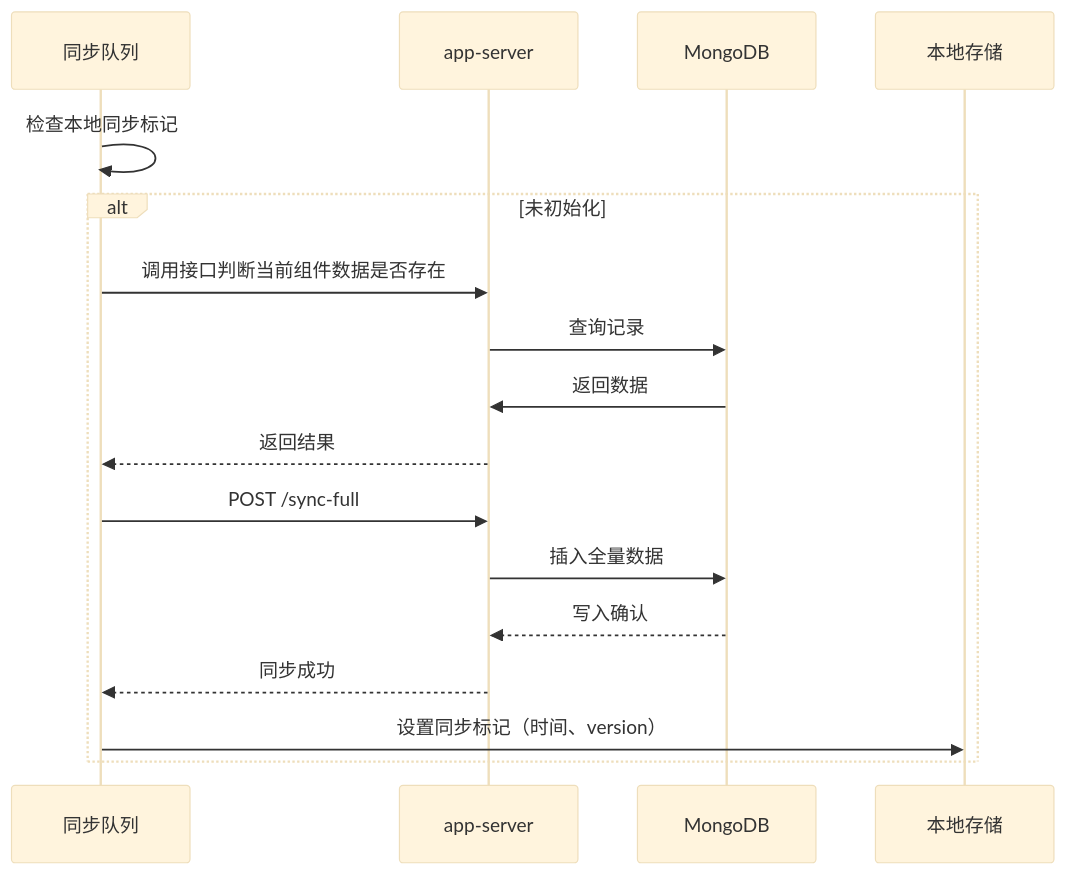
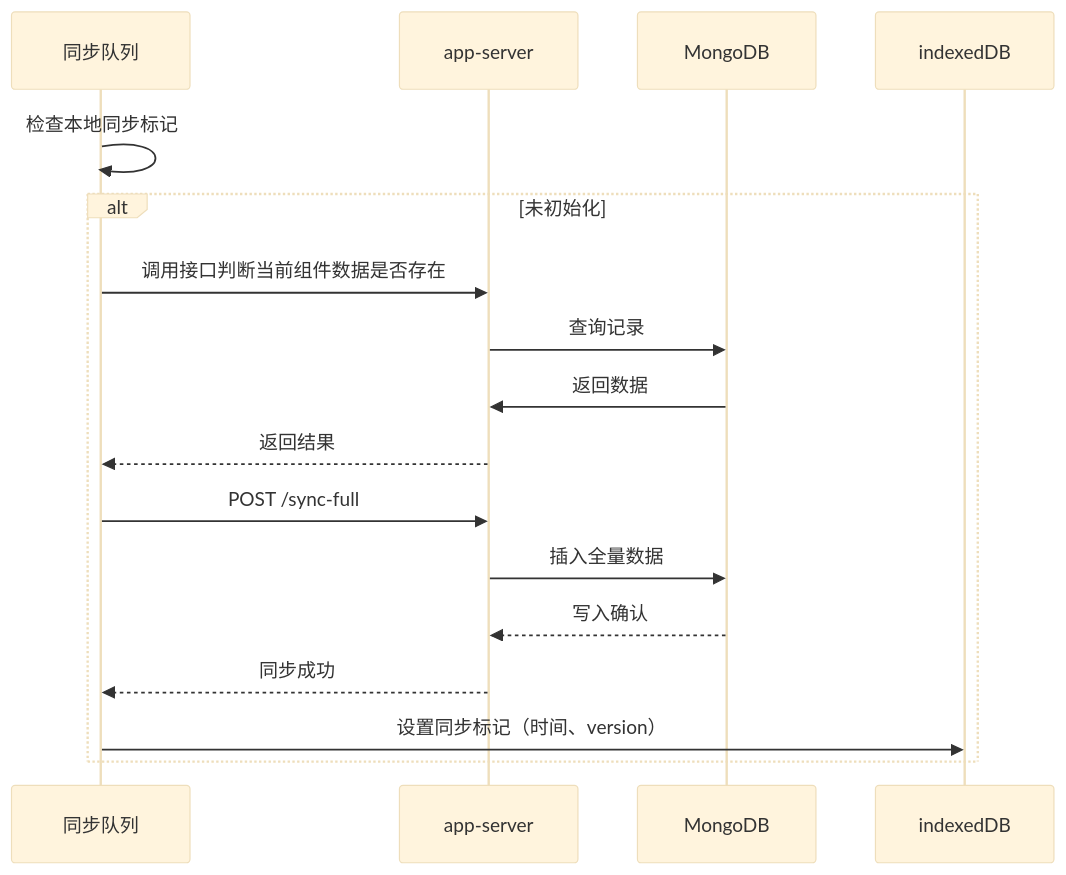
The diagram in all/未命名-24.md (yingjianzh/iodraw-files), drawn with Mermaid (base theme) before and after one commit.

Commit message:
2025-02-21 18:29:23 update

````diff
--- a/all/未命名-24.md
+++ b/all/未命名-24.md
@@ -1,19 +1,19 @@
 ```mermaid
 sequenceDiagram
     participant 同步队列
     participant app-server
     participant MongoDB
 
     同步队列->>同步队列: 检查本地同步标记
     alt 未初始化
         同步队列->>app-server: 调用接口判断当前组件数据是否存在
         app-server->>MongoDB: 查询记录
         MongoDB->>app-server: 返回数据
         app-server-->>同步队列: 返回结果
         同步队列->>app-server: POST /sync-full
         app-server->>MongoDB: 插入全量数据
         MongoDB-->>app-server: 写入确认
         app-server-->>同步队列: 同步成功
-        同步队列->>本地存储: 设置同步标记（时间、version）
+        同步队列->>indexedDB: 设置同步标记（时间、version）
     end
 ```
````
